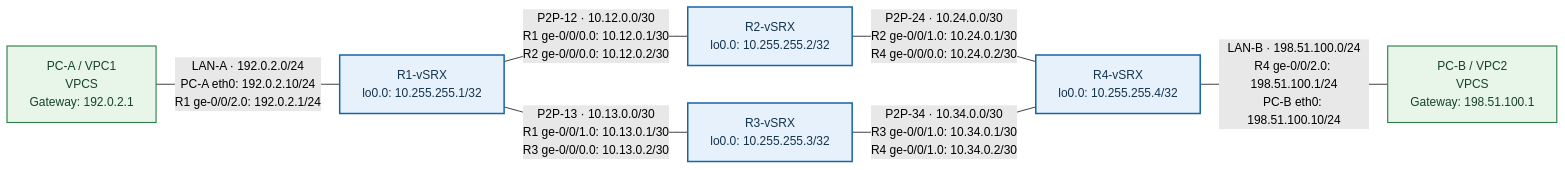
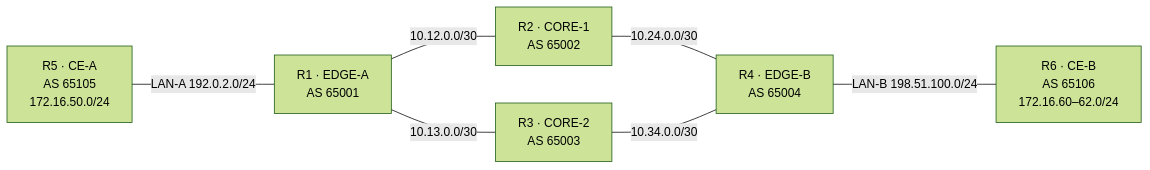
One commit to nelto79/jncip changed the first of 8 diagrams in docs/chapters/JUNOS_Rozdzial_08_Routing_Policy_and_Firewall_Filters.md. Above: the diagram before and after it, drawn with Mermaid (forest theme). The commit also changed other lines of this file, not shown here.

Commit message:
docs(ch08): replace previous chapter with full source-checked DIAMOND-6R six-vSRX rewrite

````diff
--- a/docs/chapters/JUNOS_Rozdzial_08_Routing_Policy_and_Firewall_Filters.md
+++ b/docs/chapters/JUNOS_Rozdzial_08_Routing_Policy_and_Firewall_Filters.md
@@ -17,21 +27,15 @@
-~~~mermaid
+```mermaid
 flowchart LR
-  PCA["PC-A / VPC1<br/>VPCS<br/>Gateway: 192.0.2.1"]
-  R1["R1-vSRX<br/>lo0.0: 10.255.255.1/32"]
-  R2["R2-vSRX<br/>lo0.0: 10.255.255.2/32"]
-  R3["R3-vSRX<br/>lo0.0: 10.255.255.3/32"]
-  R4["R4-vSRX<br/>lo0.0: 10.255.255.4/32"]
-  PCB["PC-B / VPC2<br/>VPCS<br/>Gateway: 198.51.100.1"]
-
-  PCA ---|"LAN-A · 192.0.2.0/24<br/>PC-A eth0: 192.0.2.10/24<br/>R1 ge-0/0/2.0: 192.0.2.1/24"| R1
-  R1 ---|"P2P-12 · 10.12.0.0/30<br/>R1 ge-0/0/0.0: 10.12.0.1/30<br/>R2 ge-0/0/0.0: 10.12.0.2/30"| R2
-  R1 ---|"P2P-13 · 10.13.0.0/30<br/>R1 ge-0/0/1.0: 10.13.0.1/30<br/>R3 ge-0/0/0.0: 10.13.0.2/30"| R3
-  R2 ---|"P2P-24 · 10.24.0.0/30<br/>R2 ge-0/0/1.0: 10.24.0.1/30<br/>R4 ge-0/0/0.0: 10.24.0.2/30"| R4
-  R3 ---|"P2P-34 · 10.34.0.0/30<br/>R3 ge-0/0/1.0: 10.34.0.1/30<br/>R4 ge-0/0/1.0: 10.34.0.2/30"| R4
-  R4 ---|"LAN-B · 198.51.100.0/24<br/>R4 ge-0/0/2.0: 198.51.100.1/24<br/>PC-B eth0: 198.51.100.10/24"| PCB
-
-  classDef vsrx fill:#e6f1fc,stroke:#1565a6,stroke-width:2px,color:#13344f;
-  classDef vpcs fill:#e8f5e9,stroke:#2f7d4a,stroke-width:1.5px,color:#17422a;
-  class R1,R2,R3,R4 vsrx;
-  class PCA,PCB vpcs;
-~~~
+    R5["R5 · CE-A<br/>AS 65105<br/>172.16.50.0/24"]
+    R1["R1 · EDGE-A<br/>AS 65001"]
+    R2["R2 · CORE-1<br/>AS 65002"]
+    R3["R3 · CORE-2<br/>AS 65003"]
+    R4["R4 · EDGE-B<br/>AS 65004"]
+    R6["R6 · CE-B<br/>AS 65106<br/>172.16.60–62.0/24"]
+    R5 ---|"LAN-A 192.0.2.0/24"| R1
+    R1 ---|"10.12.0.0/30"| R2
+    R1 ---|"10.13.0.0/30"| R3
+    R2 ---|"10.24.0.0/30"| R4
+    R3 ---|"10.34.0.0/30"| R4
+    R4 ---|"LAN-B 198.51.100.0/24"| R6
+```
````
